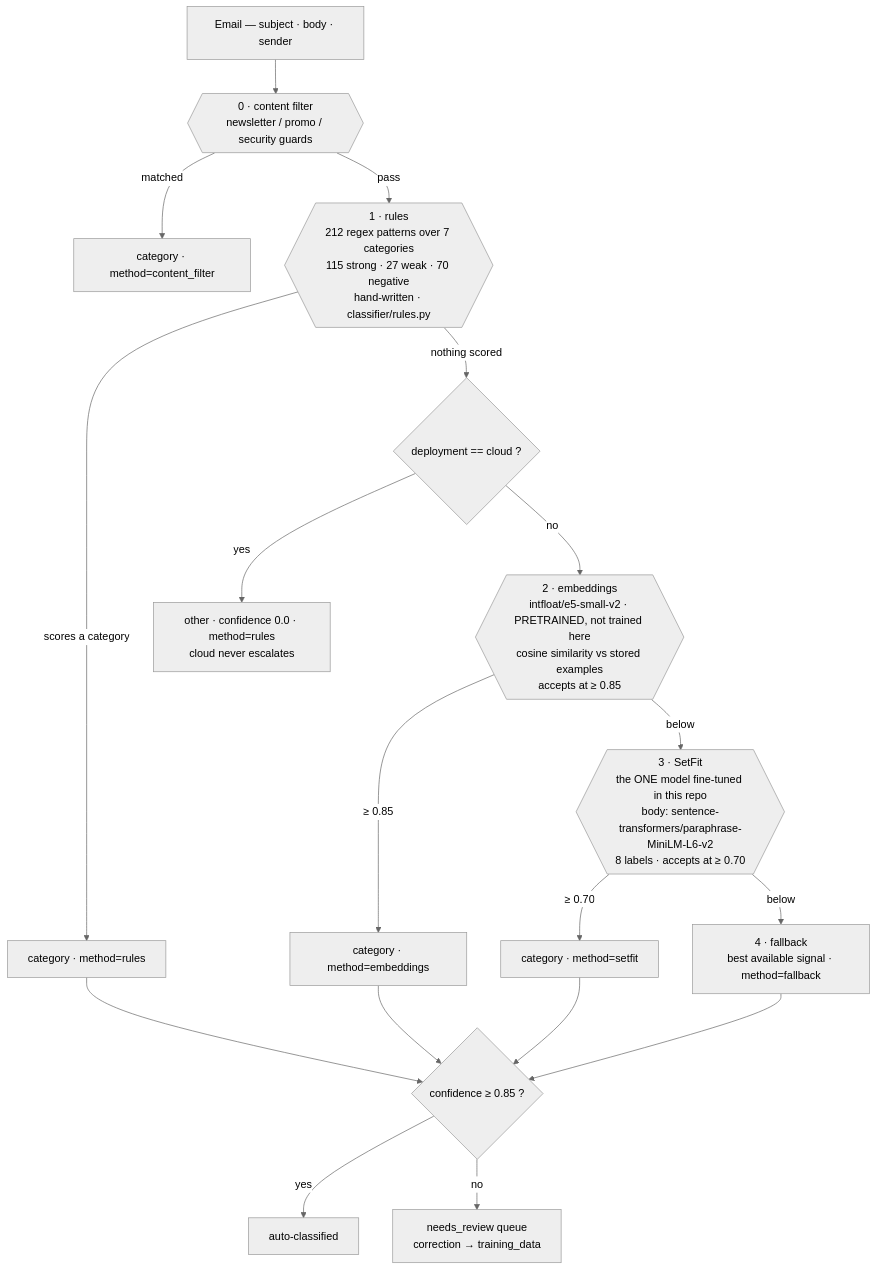
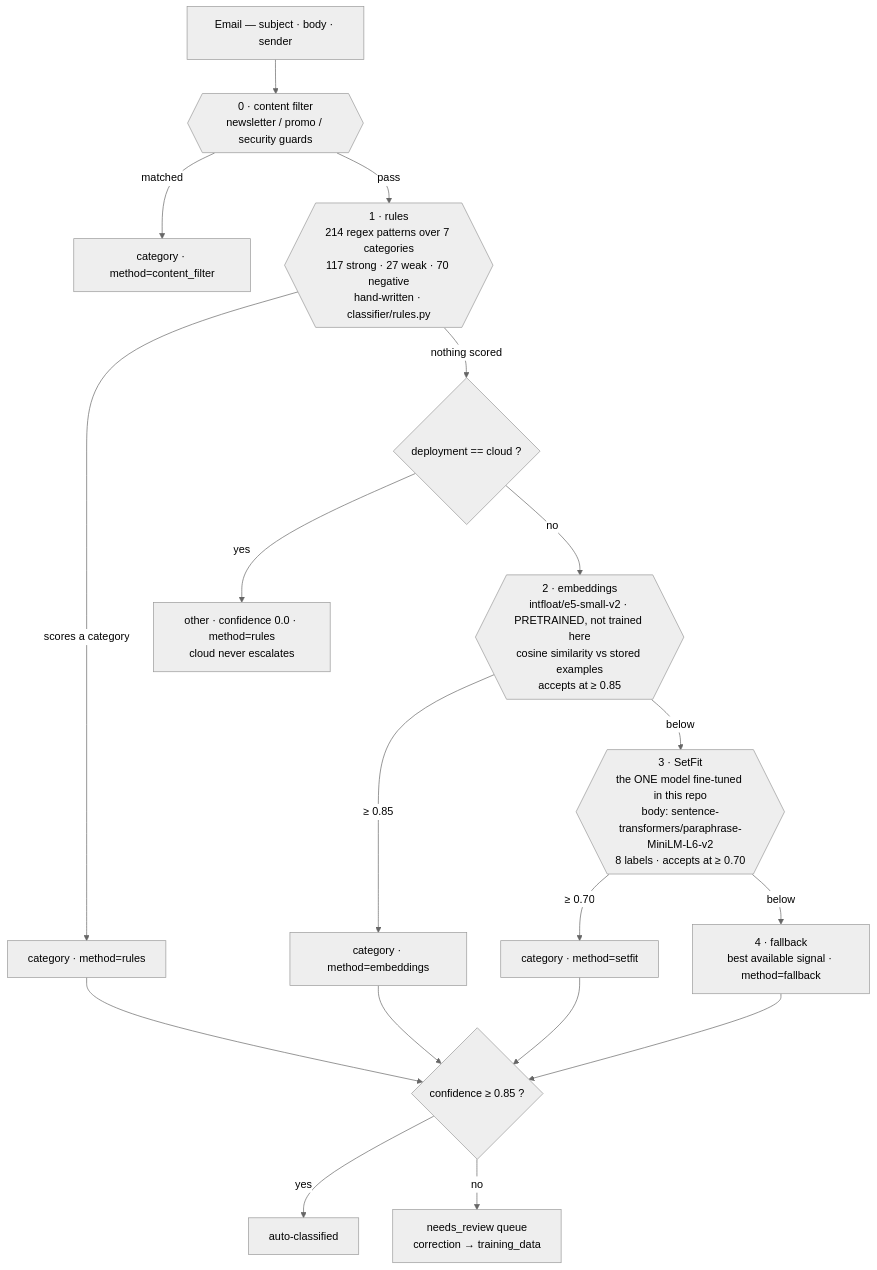
The first of 3 diagrams in README.md (BARC1999/applied-ai), drawn with Mermaid (neutral theme) before and after one commit. The commit also changed other lines of this file and 10 other files, not shown here.

````diff
--- a/README.md
+++ b/README.md
@@ -72,32 +72,32 @@
 ```mermaid
 flowchart TB
     In["Email — subject · body · sender"] --> CF
 
     CF{{"0 · content filter<br/>newsletter / promo / security guards"}}
     CF -->|"matched"| Out1["category · method=content_filter"]
     CF -->|"pass"| R
 
-    R{{"1 · rules<br/>212 regex patterns over 7 categories<br/>115 strong · 27 weak · 70 negative<br/>hand-written · classifier/rules.py"}}
+    R{{"1 · rules<br/>214 regex patterns over 7 categories<br/>117 strong · 27 weak · 70 negative<br/>hand-written · classifier/rules.py"}}
     R -->|"scores a category"| Out2["category · method=rules"]
     R -->|"nothing scored"| CLOUD
 
     CLOUD{"deployment == cloud ?"}
     CLOUD -->|"yes"| Out3["other · confidence 0.0 · method=rules<br/>cloud never escalates"]
     CLOUD -->|"no"| E
 
     E{{"2 · embeddings<br/>intfloat/e5-small-v2 · PRETRAINED, not trained here<br/>cosine similarity vs stored examples<br/>accepts at ≥ 0.85"}}
     E -->|"≥ 0.85"| Out4["category · method=embeddings"]
     E -->|"below"| S
 
     S{{"3 · SetFit<br/>the ONE model fine-tuned in this repo<br/>body: sentence-transformers/paraphrase-MiniLM-L6-v2<br/>8 labels · accepts at ≥ 0.70"}}
     S -->|"≥ 0.70"| Out5["category · method=setfit"]
     S -->|"below"| F["4 · fallback<br/>best available signal · method=fallback"]
 
     Out2 --> G
     Out4 --> G
     Out5 --> G
     F --> G
     G{"confidence ≥ 0.85 ?"}
     G -->|"yes"| Auto["auto-classified"]
     G -->|"no"| Review["needs_review queue<br/>correction → training_data"]
 ```
````
